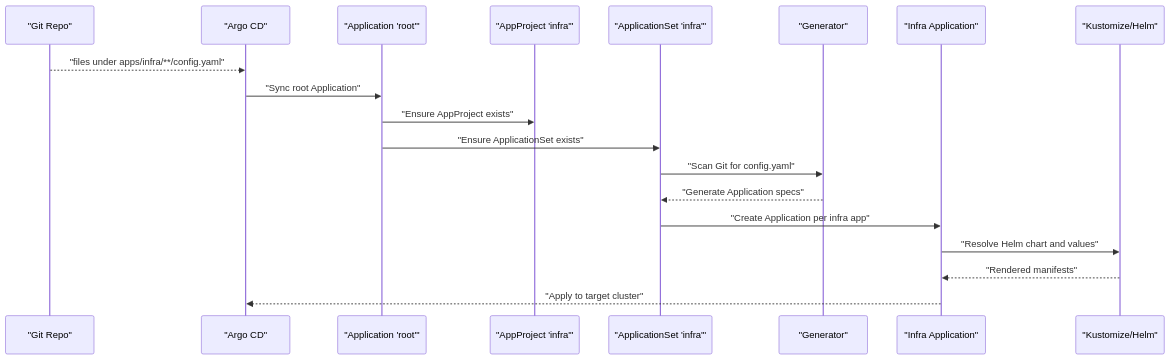
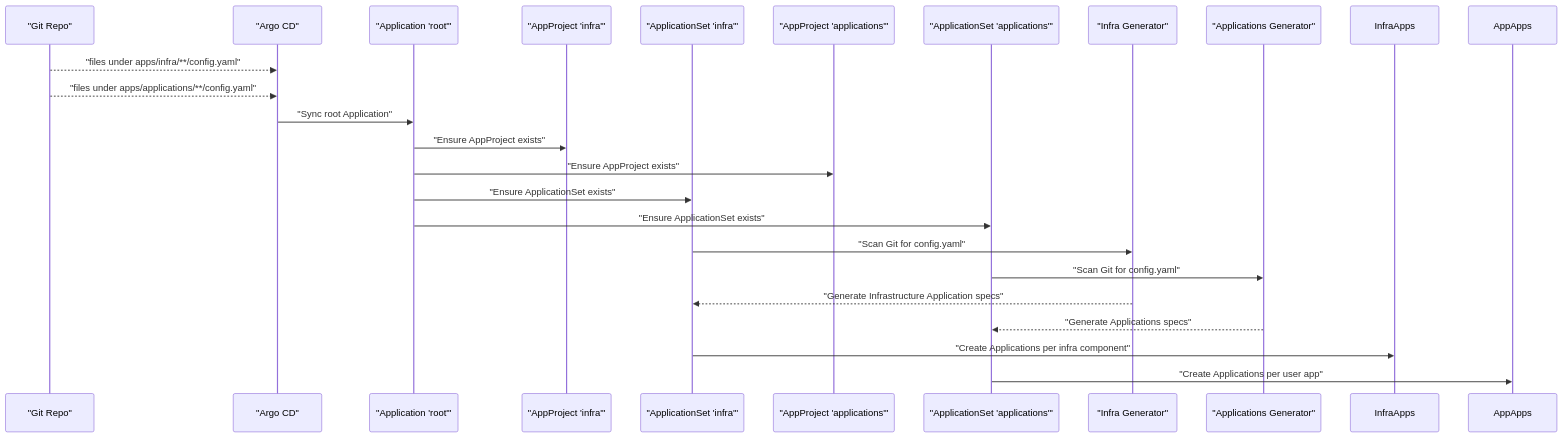
The second of 8 diagrams in .qoder/repowiki/en/content/Project Management/Infrastructure Projects.md (Hoangvu75/k8s_manifest), drawn with Mermaid before and after one commit. The commit also changed other lines of this file and 24 other files, not shown here.

````diff
--- a/.qoder/repowiki/en/content/Project Management/Infrastructure Projects.md
+++ b/.qoder/repowiki/en/content/Project Management/Infrastructure Projects.md
@@ -86,21 +120,25 @@
 ```mermaid
 sequenceDiagram
 participant Git as "Git Repo"
 participant Argo as "Argo CD"
 participant Root as "Application 'root'"
-participant Proj as "AppProject 'infra'"
-participant AS as "ApplicationSet 'infra'"
-participant Gen as "Generator"
-participant App as "Infra Application"
-participant Kust as "Kustomize/Helm"
+participant InfraProj as "AppProject 'infra'"
+participant InfraAS as "ApplicationSet 'infra'"
+participant AppProj as "AppProject 'applications'"
+participant AppAS as "ApplicationSet 'applications'"
+participant InfraGen as "Infra Generator"
+participant AppGen as "Applications Generator"
 Git-->>Argo : "files under apps/infra/**/config.yaml"
+Git-->>Argo : "files under apps/applications/**/config.yaml"
 Argo->>Root : "Sync root Application"
-Root->>Proj : "Ensure AppProject exists"
-Root->>AS : "Ensure ApplicationSet exists"
-AS->>Gen : "Scan Git for config.yaml"
-Gen-->>AS : "Generate Application specs"
-AS->>App : "Create Application per infra app"
-App->>Kust : "Resolve Helm chart and values"
-Kust-->>App : "Rendered manifests"
-App-->>Argo : "Apply to target cluster"
+Root->>InfraProj : "Ensure AppProject exists"
+Root->>AppProj : "Ensure AppProject exists"
+Root->>InfraAS : "Ensure ApplicationSet exists"
+Root->>AppAS : "Ensure ApplicationSet exists"
+InfraAS->>InfraGen : "Scan Git for config.yaml"
+AppAS->>AppGen : "Scan Git for config.yaml"
+InfraGen-->>InfraAS : "Generate Infrastructure Application specs"
+AppGen-->>AppAS : "Generate Applications specs"
+InfraAS->>InfraApps : "Create Applications per infra component"
+AppAS->>AppApps : "Create Applications per user app"
 ```
````
